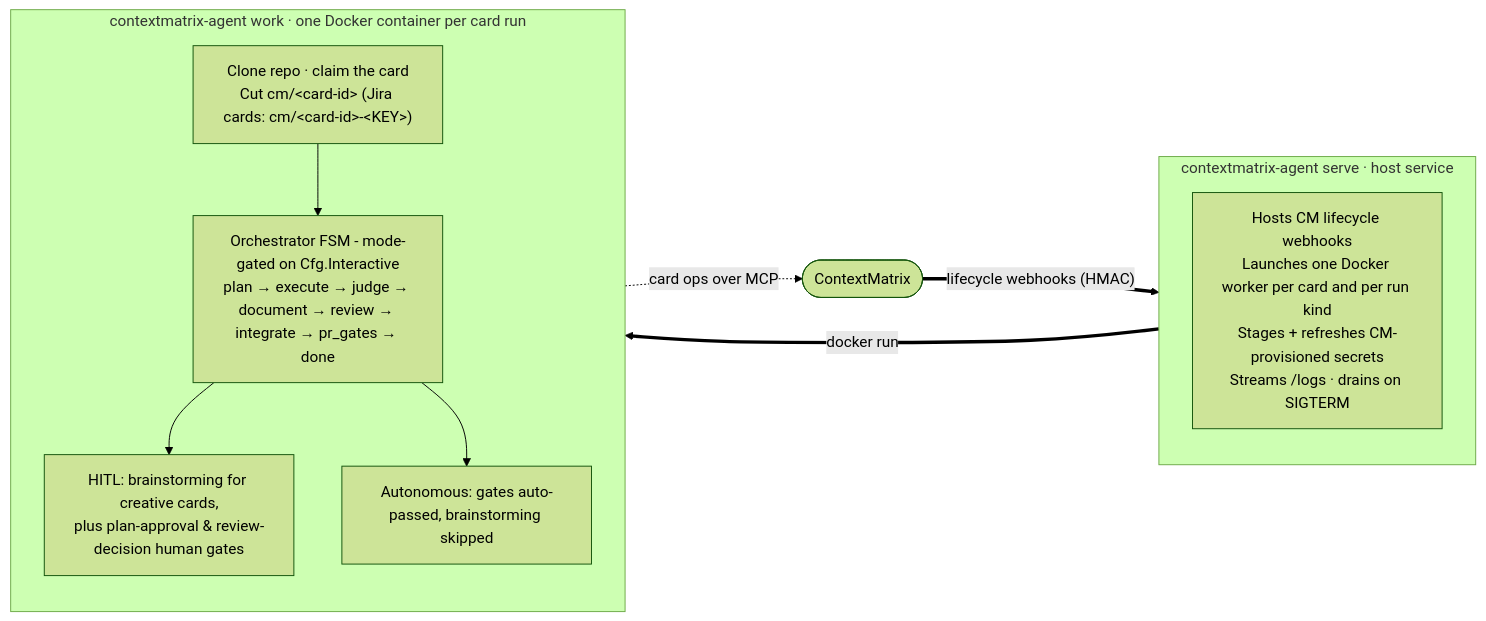
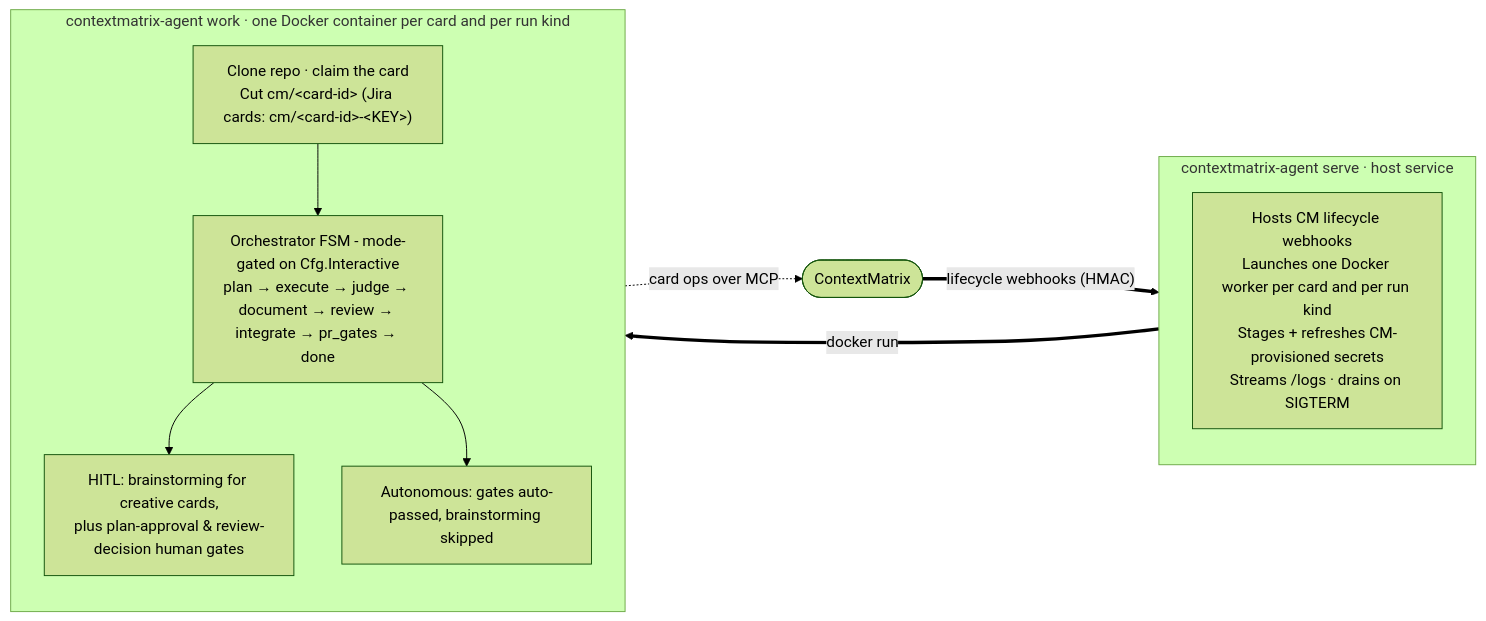
Before and after one commit to mhersson/contextmatrix-agent: the diagram in README.md, drawn with Mermaid (forest theme). The commit also changed other lines of this file and 4 other files, not shown here.

First line of the commit message:
docs(runkind): make run-kind docs true at HEAD

````diff
--- a/README.md
+++ b/README.md
@@ -40,24 +40,24 @@
 ```mermaid
 flowchart LR
     CM(["ContextMatrix"])
 
     subgraph serve["contextmatrix-agent serve · host service"]
         direction TB
         S["Hosts CM lifecycle webhooks<br/>Launches one Docker worker per card and per run kind<br/>Stages + refreshes CM-provisioned secrets<br/>Streams /logs · drains on SIGTERM"]
     end
 
-    subgraph work["contextmatrix-agent work · one Docker container per card run"]
+    subgraph work["contextmatrix-agent work · one Docker container per card and per run kind"]
         direction TB
         W["Clone repo · claim the card<br/>Cut cm/&lt;card-id&gt; (Jira cards: cm/&lt;card-id&gt;-&lt;KEY&gt;)"]
         FSM["Orchestrator FSM - mode-gated on Cfg.Interactive<br/>plan → execute → judge → document → review → integrate → pr_gates → done"]
         HITL["HITL: brainstorming for creative cards,<br/>plus plan-approval &amp; review-decision human gates"]
         AUTO["Autonomous: gates auto-passed, brainstorming skipped"]
         W --> FSM
         FSM --> HITL
         FSM --> AUTO
     end
 
     CM ==>|"lifecycle webhooks (HMAC)"| S
     S ==>|"docker run"| W
     W -.->|"card ops over MCP"| CM
 ```
````
